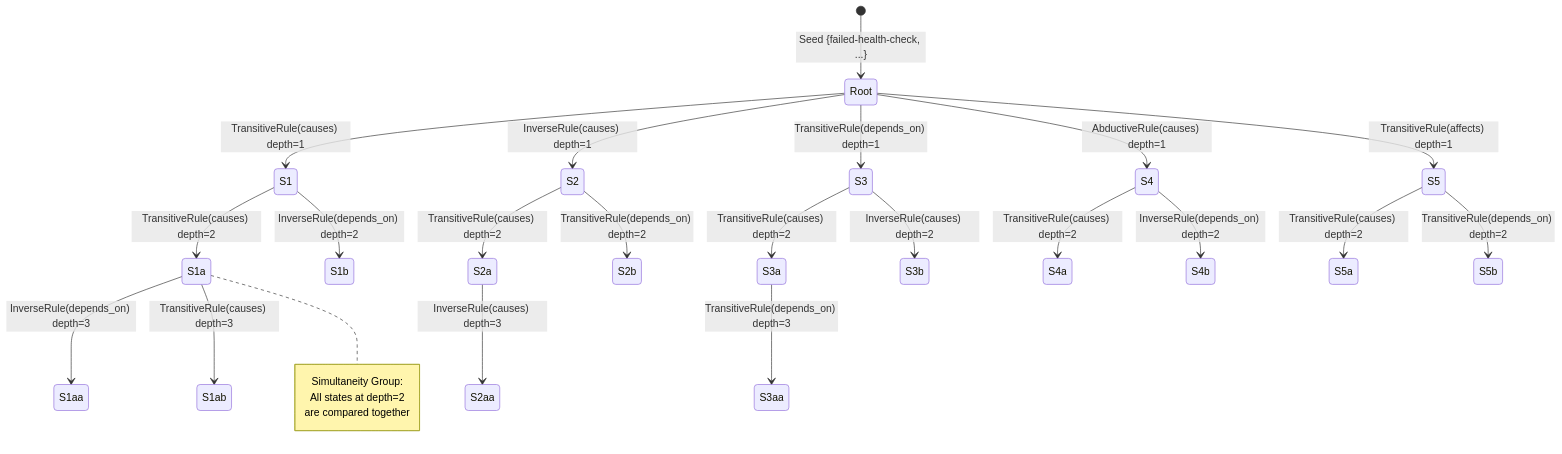
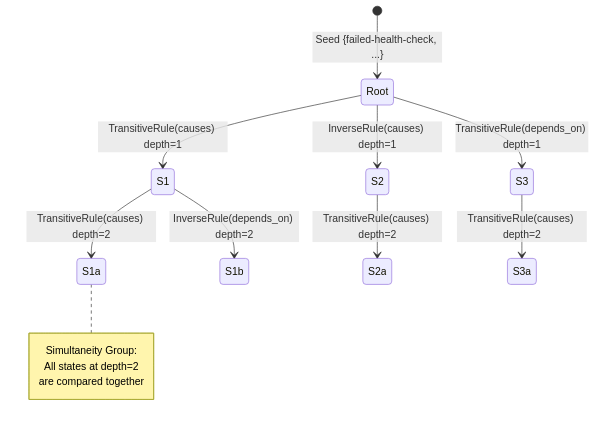
Before and after one commit to antquinonez/Hyper3: the third of 4 diagrams in examples/showcase/multiway_reasoning/README.md, drawn with Mermaid. The commit also changed other lines of this file, not shown here.

````diff
--- a/examples/showcase/multiway_reasoning/README.md
+++ b/examples/showcase/multiway_reasoning/README.md
@@ -204,31 +193,18 @@
 ```mermaid
 stateDiagram-v2
     [*] --> Root: Seed {failed-health-check, ...}
     Root --> S1: TransitiveRule(causes) depth=1
     Root --> S2: InverseRule(causes) depth=1
     Root --> S3: TransitiveRule(depends_on) depth=1
-    Root --> S4: AbductiveRule(causes) depth=1
-    Root --> S5: TransitiveRule(affects) depth=1
 
     S1 --> S1a: TransitiveRule(causes) depth=2
     S1 --> S1b: InverseRule(depends_on) depth=2
     S2 --> S2a: TransitiveRule(causes) depth=2
-    S2 --> S2b: TransitiveRule(depends_on) depth=2
     S3 --> S3a: TransitiveRule(causes) depth=2
-    S3 --> S3b: InverseRule(causes) depth=2
-    S4 --> S4a: TransitiveRule(causes) depth=2
-    S4 --> S4b: InverseRule(depends_on) depth=2
-    S5 --> S5a: TransitiveRule(causes) depth=2
-    S5 --> S5b: TransitiveRule(depends_on) depth=2
-
-    S1a --> S1aa: InverseRule(depends_on) depth=3
-    S1a --> S1ab: TransitiveRule(causes) depth=3
-    S2a --> S2aa: InverseRule(causes) depth=3
-    S3a --> S3aa: TransitiveRule(depends_on) depth=3
 
     note right of S1a
         Simultaneity Group:
         All states at depth=2
         are compared together
     end note
 ```
````
